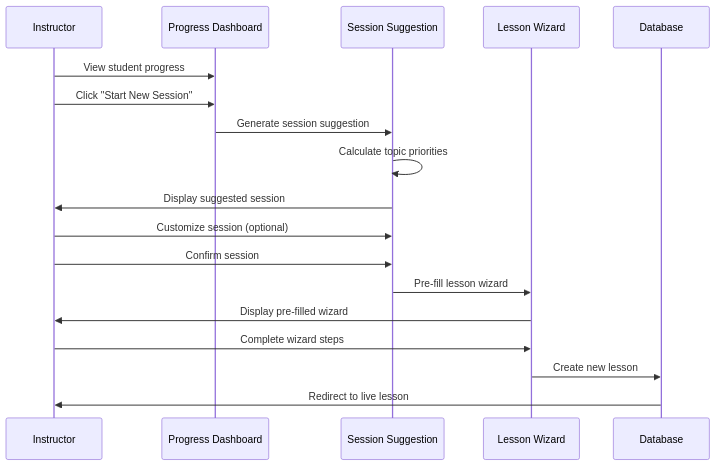
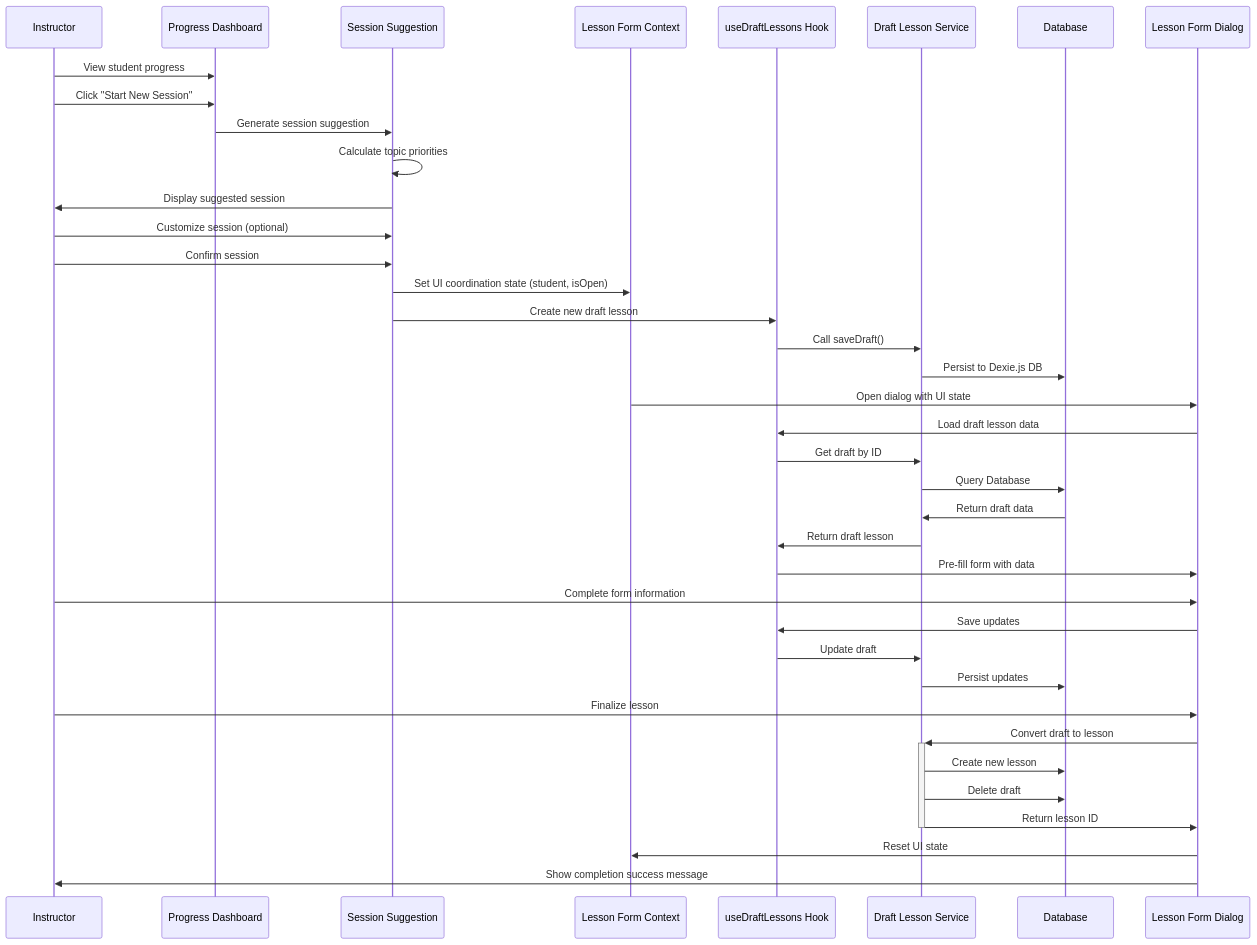
One commit to tonihintikka/opetuslupa_apu changed the second of 2 diagrams in docs/stories/Epic-3-Story-2.md. Above: the diagram before and after it, drawn with Mermaid. The commit also changed other lines of this file and 10 other files, not shown here.

````diff
--- a/docs/stories/Epic-3-Story-2.md
+++ b/docs/stories/Epic-3-Story-2.md
@@ -164,23 +243,46 @@
 ```mermaid
 sequenceDiagram
     participant I as Instructor
     participant P as Progress Dashboard
     participant S as Session Suggestion
-    participant W as Lesson Wizard
+    participant C as Lesson Form Context
+    participant DH as useDraftLessons Hook
+    participant DLS as Draft Lesson Service
     participant DB as Database
+    participant L as Lesson Form Dialog
     
     I->>P: View student progress
     I->>P: Click "Start New Session"
     P->>S: Generate session suggestion
     S->>S: Calculate topic priorities
     S->>I: Display suggested session
     
     I->>S: Customize session (optional)
     I->>S: Confirm session
     
-    S->>W: Pre-fill lesson wizard
-    W->>I: Display pre-filled wizard
-    I->>W: Complete wizard steps
-    W->>DB: Create new lesson
-    DB->>I: Redirect to live lesson
+    S->>C: Set UI coordination state (student, isOpen)
+    S->>DH: Create new draft lesson
+    DH->>DLS: Call saveDraft()
+    DLS->>DB: Persist to Dexie.js DB
+    
+    C->>L: Open dialog with UI state
+    L->>DH: Load draft lesson data
+    DH->>DLS: Get draft by ID
+    DLS->>DB: Query Database
+    DB->>DLS: Return draft data
+    DLS->>DH: Return draft lesson
+    DH->>L: Pre-fill form with data
+    
+    I->>L: Complete form information
+    L->>DH: Save updates
+    DH->>DLS: Update draft
+    DLS->>DB: Persist updates
+    
+    I->>L: Finalize lesson
+    L->>+DLS: Convert draft to lesson
+    DLS->>DB: Create new lesson
+    DLS->>DB: Delete draft
+    DLS->>-L: Return lesson ID
+    L->>C: Reset UI state
+    L->>I: Show completion success message
 ```
````
